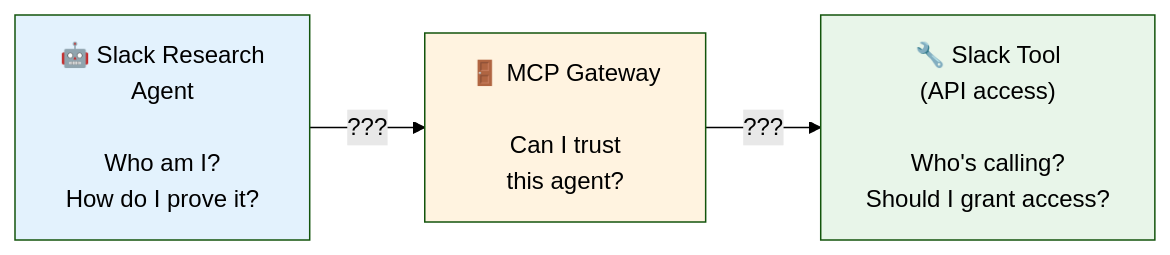
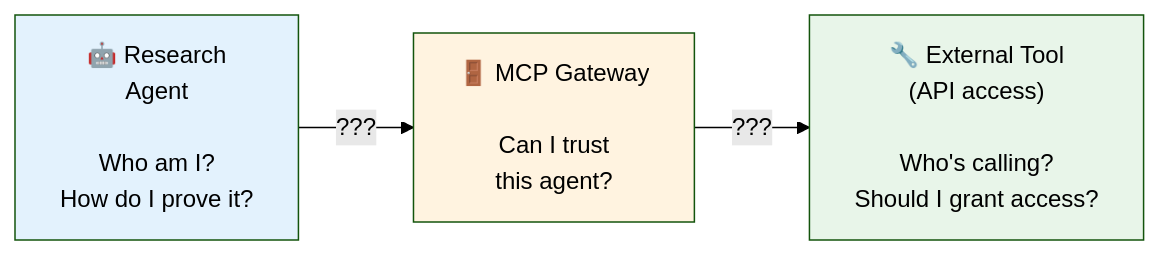
The first of 10 diagrams in AuthBridge/BLOG-agentic.md (mrsabath/kagenti-extensions), drawn with Mermaid (forest theme) before and after one commit. The commit also changed other lines of this file, not shown here.

````diff
--- a/AuthBridge/BLOG-agentic.md
+++ b/AuthBridge/BLOG-agentic.md
@@ -27,12 +27,12 @@
 ```mermaid
 flowchart LR
-    Agent["🤖 Slack Research<br/>Agent<br/><br/>Who am I?<br/>How do I prove it?"]
+    Agent["🤖 Research<br/>Agent<br/><br/>Who am I?<br/>How do I prove it?"]
     Gateway["🚪 MCP Gateway<br/><br/>Can I trust<br/>this agent?"]
-    Tool["🔧 Slack Tool<br/>(API access)<br/><br/>Who's calling?<br/>Should I grant access?"]
+    Tool["🔧 External Tool<br/>(API access)<br/><br/>Who's calling?<br/>Should I grant access?"]
     
     Agent -->|"???"| Gateway -->|"???"| Tool
     
     style Agent fill:#e3f2fd
     style Gateway fill:#fff3e0
     style Tool fill:#e8f5e9
 ```
````
